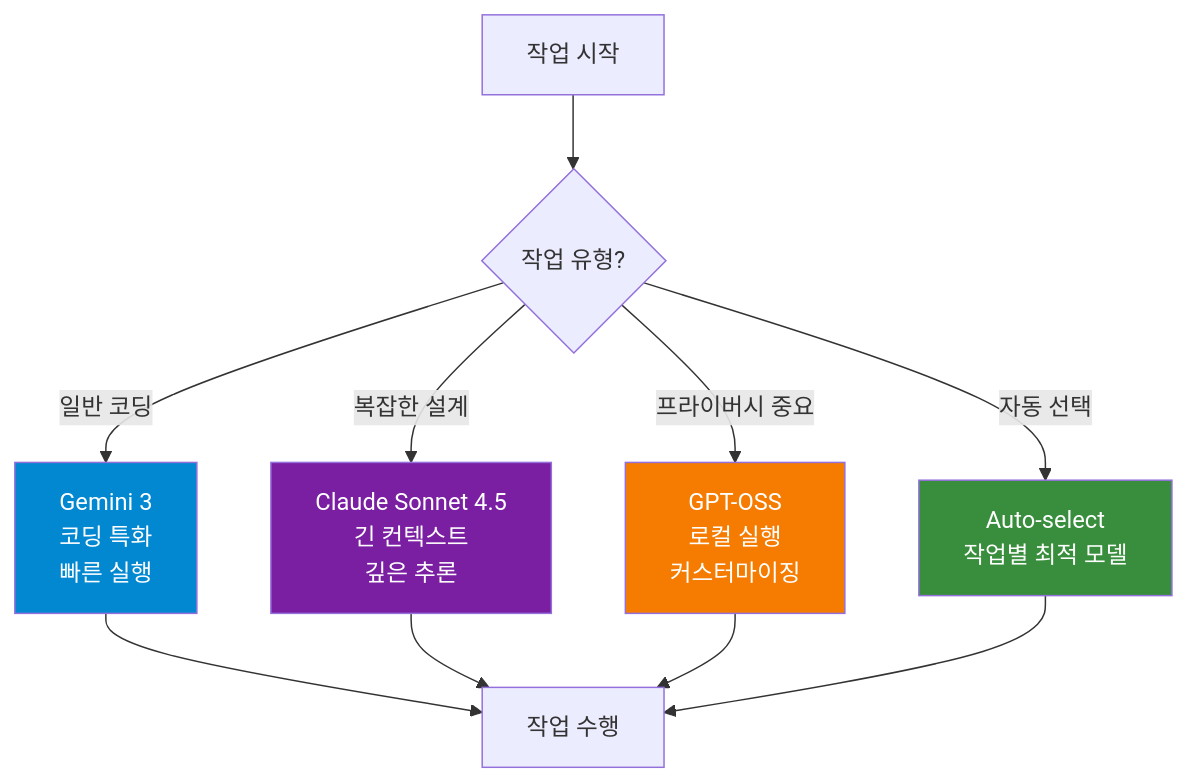
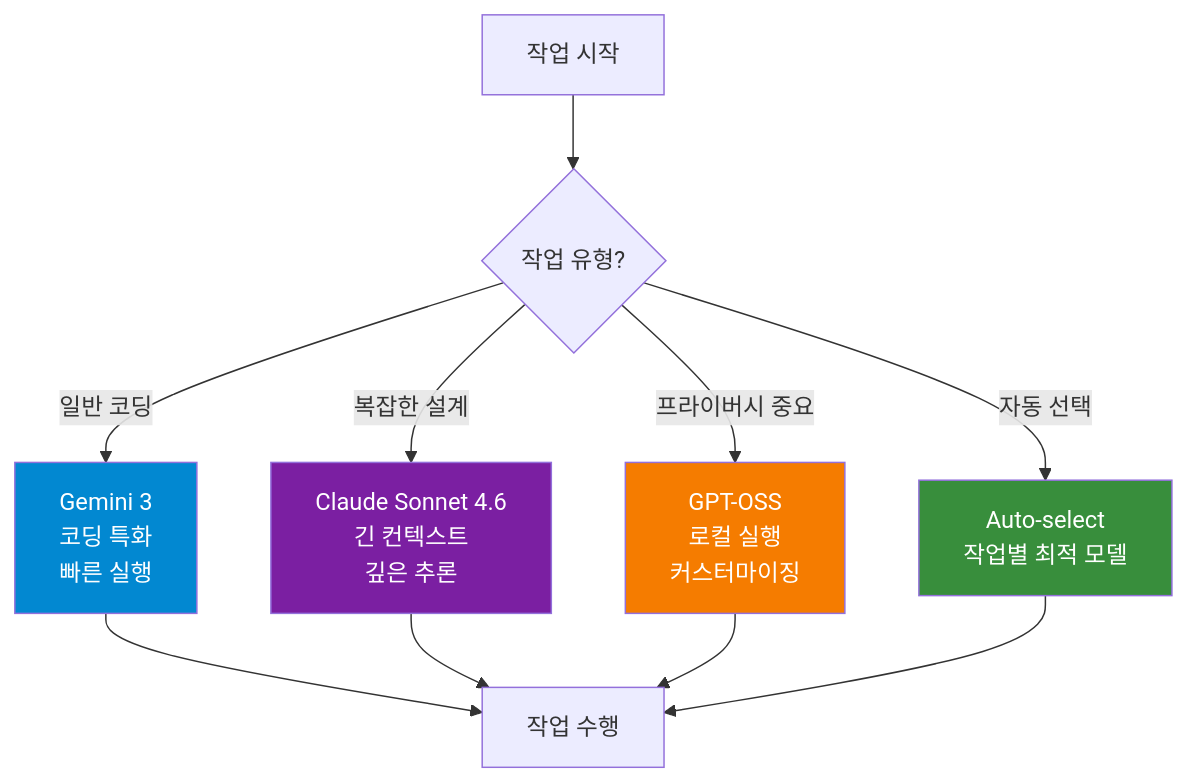
One commit to sskim91/TIL changed the fourth of 4 diagrams in ai/Google-Antigravity-에이전트-우선-개발-환경.md. Above: the diagram before and after it, drawn with Mermaid. The commit also changed other lines of this file and 80 other files, not shown here.

````diff
--- a/ai/Google-Antigravity-에이전트-우선-개발-환경.md
+++ b/ai/Google-Antigravity-에이전트-우선-개발-환경.md
@@ -272,19 +275,19 @@
 ```mermaid
 flowchart TD
     Start[작업 시작] --> Decision{작업 유형?}
 
     Decision -->|일반 코딩| Gemini[Gemini 3<br/>코딩 특화<br/>빠른 실행]
-    Decision -->|복잡한 설계| Claude[Claude Sonnet 4.5<br/>긴 컨텍스트<br/>깊은 추론]
+    Decision -->|복잡한 설계| Claude[Claude Sonnet 4.6<br/>긴 컨텍스트<br/>깊은 추론]
     Decision -->|프라이버시 중요| GPT[GPT-OSS<br/>로컬 실행<br/>커스터마이징]
     Decision -->|자동 선택| Auto[Auto-select<br/>작업별 최적 모델]
 
     Gemini --> Result[작업 수행]
     Claude --> Result
     GPT --> Result
     Auto --> Result
 
     style Gemini fill:#0288D1,color:#fff
     style Claude fill:#7B1FA2,color:#fff
     style GPT fill:#F57C00,color:#fff
     style Auto fill:#388E3C,color:#fff
 ```
````
